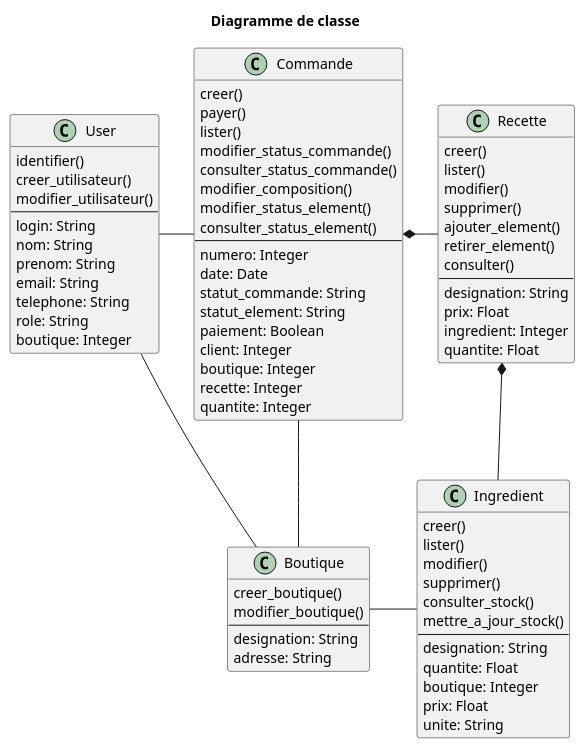
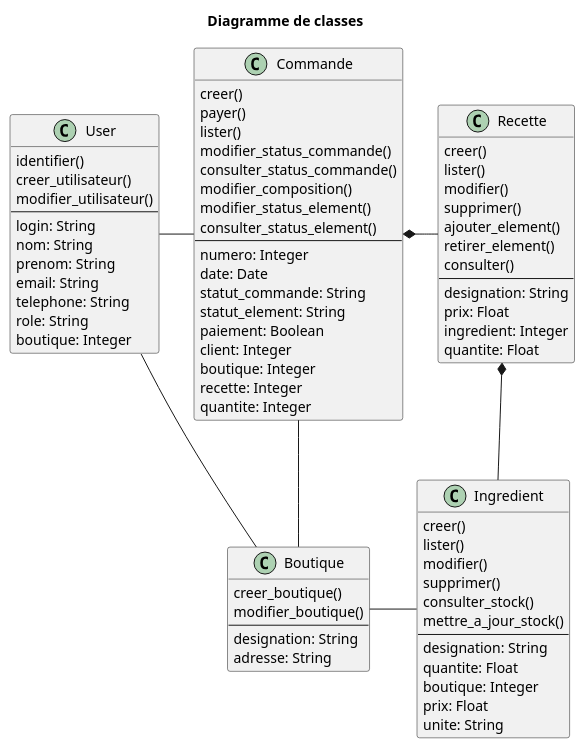
Before and after one commit to Zepmanbc/oc_dapython_pr6: the diagram in doc/uml/06_Class_diagram.puml, drawn with PlantUML. The commit also changed 6 other files, not shown here.

Commit message:
finalisation de demarche.md correction des diagrammes

```diff
--- a/doc/uml/06_Class_diagram.puml
+++ b/doc/uml/06_Class_diagram.puml
@@ -1,88 +1,88 @@
 @startuml 06_Class_diagram
-title Diagramme de classe
+title Diagramme de classes
 
 class Commande{
     creer()
     payer()
     lister()
     modifier_status_commande()
     consulter_status_commande()
     modifier_composition()
     modifier_status_element()
     consulter_status_element()
     --
     numero: Integer
     date: Date
     statut_commande: String
     statut_element: String
     paiement: Boolean
     client: Integer
     boutique: Integer
     recette: Integer
     quantite: Integer
 }
 
 class Recette{
     creer()
     lister()
     modifier()
     supprimer()
     ajouter_element()
     retirer_element()
     consulter()
     --
     designation: String
     prix: Float
     ingredient: Integer
     quantite: Float
 }
 
 class Ingredient{
     creer()
     lister()
     modifier()
     supprimer()
     consulter_stock()
     mettre_a_jour_stock()
     --
     designation: String
     quantite: Float
     boutique: Integer
     prix: Float
     unite: String
 }
 
 class User{
     identifier()
     creer_utilisateur()
     modifier_utilisateur()
     --
     login: String
     nom: String
     prenom: String
     email: String
     telephone: String
     role: String
     boutique: Integer
 }
 
 class Boutique{
     creer_boutique()
     modifier_boutique()
     --
     designation: String
     adresse: String
 }
 
 Commande *- Recette
 
 Recette *-- Ingredient
 
 User - Commande
 User - Boutique
 Commande -- Boutique
 
 Boutique - Ingredient
 
 
 @enduml
```
